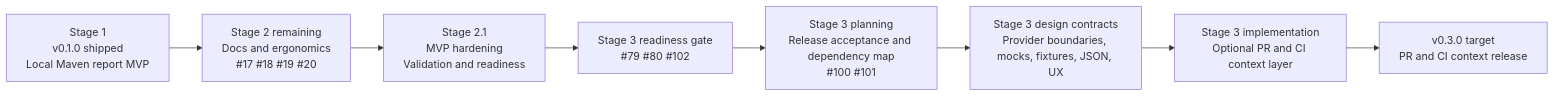
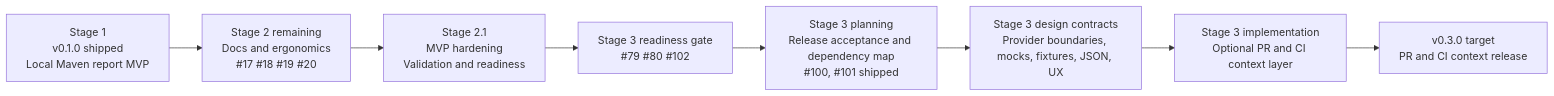
The first of 6 diagrams in docs/project-visual-map.md (pr-cli/pr-maven-cli), drawn with Mermaid before and after one commit. The commit also changed other lines of this file and 9 other files, not shown here.

````diff
--- a/docs/project-visual-map.md
+++ b/docs/project-visual-map.md
@@ -9,10 +9,10 @@
 ```mermaid
 flowchart LR
     S1["Stage 1\nv0.1.0 shipped\nLocal Maven report MVP"] --> S2["Stage 2 remaining\nDocs and ergonomics\n#17 #18 #19 #20"]
     S2 --> S21["Stage 2.1\nMVP hardening\nValidation and readiness"]
     S21 --> GATE["Stage 3 readiness gate\n#79 #80 #102"]
-    GATE --> S3PLAN["Stage 3 planning\nRelease acceptance and dependency map\n#100 #101"]
+    GATE --> S3PLAN["Stage 3 planning\nRelease acceptance and dependency map\n#100, #101 shipped"]
     S3PLAN --> S3DESIGN["Stage 3 design contracts\nProvider boundaries, mocks, fixtures, JSON, UX"]
     S3DESIGN --> S3BUILD["Stage 3 implementation\nOptional PR and CI context layer"]
     S3BUILD --> V03["v0.3.0 target\nPR and CI context release"]
 ```
````
